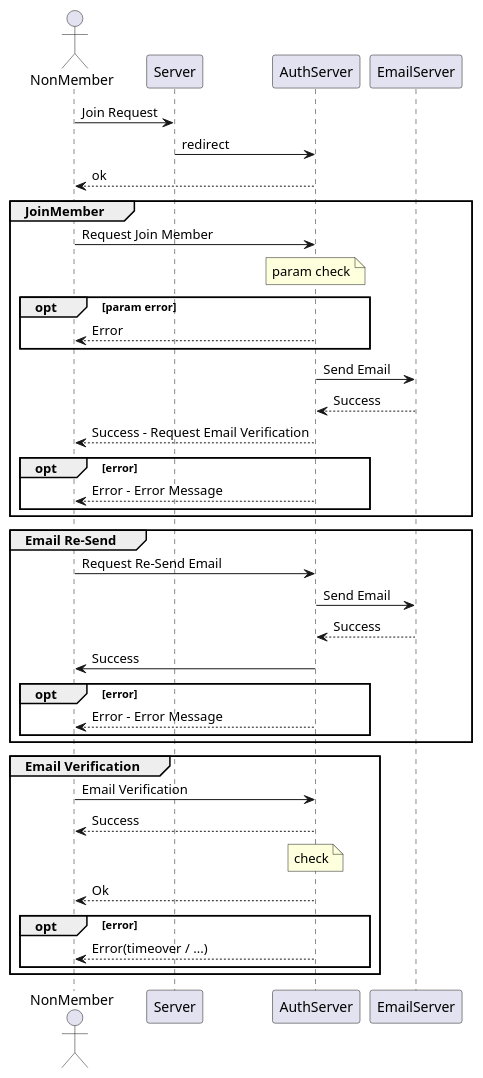
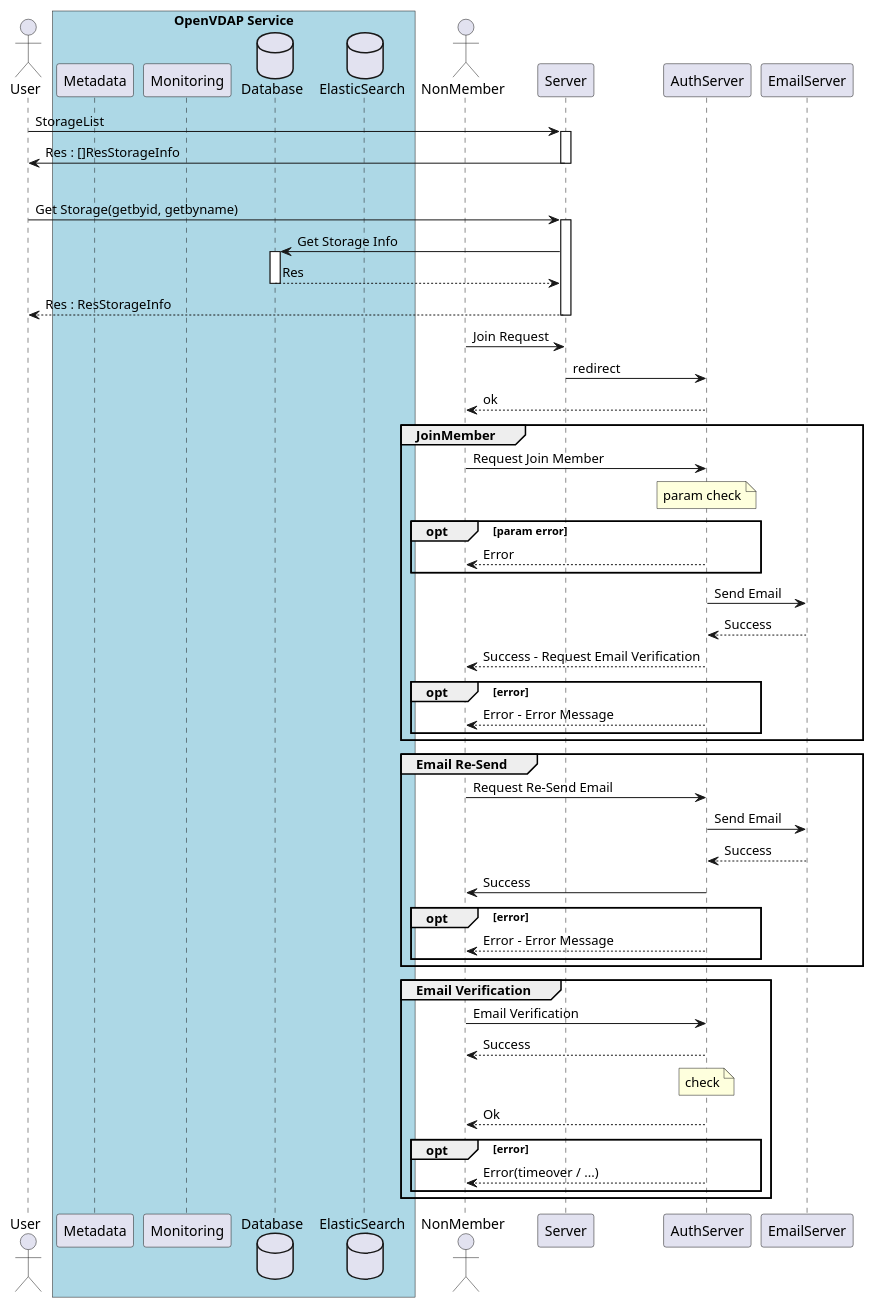
One commit to DataFabricTech/DataFabricPlatform changed the second of 5 diagrams in docs/arch/explorer_and_search.md. Above: the diagram before and after it, drawn with PlantUML. The commit also changed other lines of this file and 7 other files, not shown here.

````diff
--- a/docs/arch/explorer_and_search.md
+++ b/docs/arch/explorer_and_search.md
@@ -111,46 +123,62 @@
 ```plantuml
 @startuml
+Actor User as user
+box "OpenVDAP Service" #Lightblue
+participant Server as server
+participant Metadata as metadata
+participant Monitoring as monitoring
+database Database as database
+database ElasticSearch as search 
+end box
+
+user -> server ++ : StorageList
+user <- server -- : Res : []ResStorageInfo
+|||
+user -> server ++ : Get Storage(getbyid, getbyname)
+server -> database ++ : Get Storage Info
+server <-- database --: Res
+user <-- server --: Res : ResStorageInfo
 actor NonMember as non_member
 participant Server as server
 participant AuthServer as auth_server
 participant EmailServer as email
 
 non_member -> server: Join Request 
 server -> auth_server : redirect
 non_member <-- auth_server : ok
 
 group JoinMember 
     non_member -> auth_server: Request Join Member
     note over auth_server: param check
     opt param error
     non_member <-- auth_server : Error
     end
     auth_server -> email : Send Email
     auth_server <-- email : Success
     non_member <-- auth_server : Success - Request Email Verification
     opt error
     non_member <-- auth_server : Error - Error Message
     end
 end
 
 group Email Re-Send
     non_member -> auth_server : Request Re-Send Email
     auth_server -> email : Send Email
     auth_server <-- email : Success
     non_member <- auth_server : Success
     opt error
     non_member <-- auth_server : Error - Error Message
     end
 end
 
 group Email Verification
     non_member -> auth_server : Email Verification
     non_member <-- auth_server : Success
     note over auth_server: check
     non_member <-- auth_server : Ok
     opt error
     non_member <-- auth_server : Error(timeover / ...)
     end
 end
 @enduml
 ```
````
